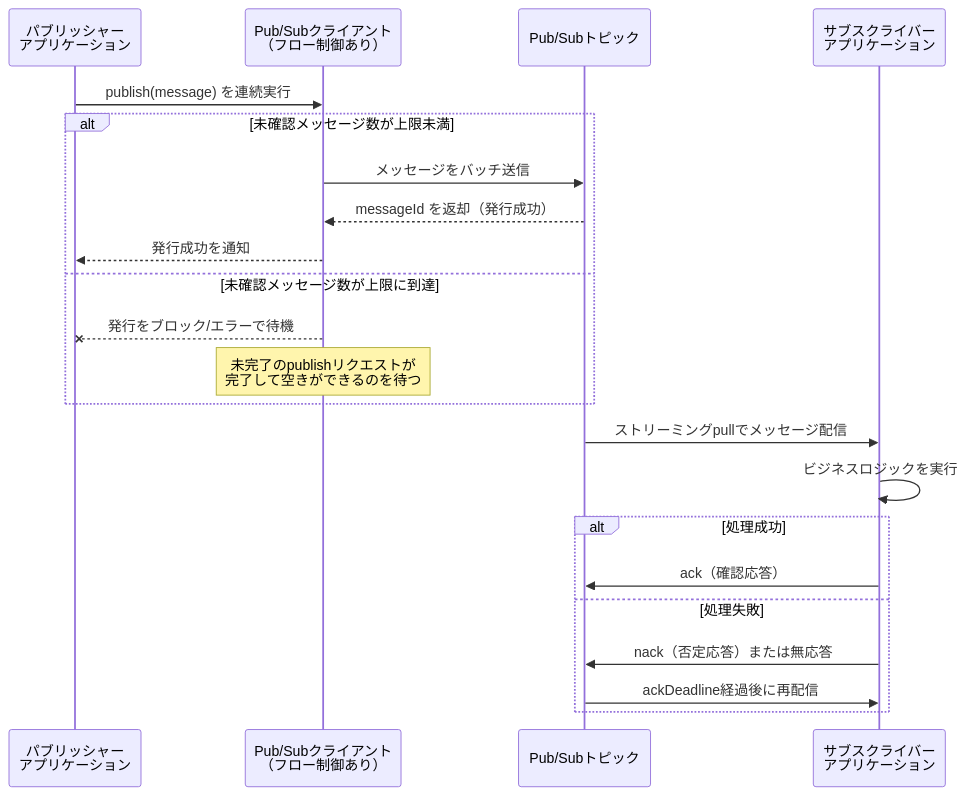
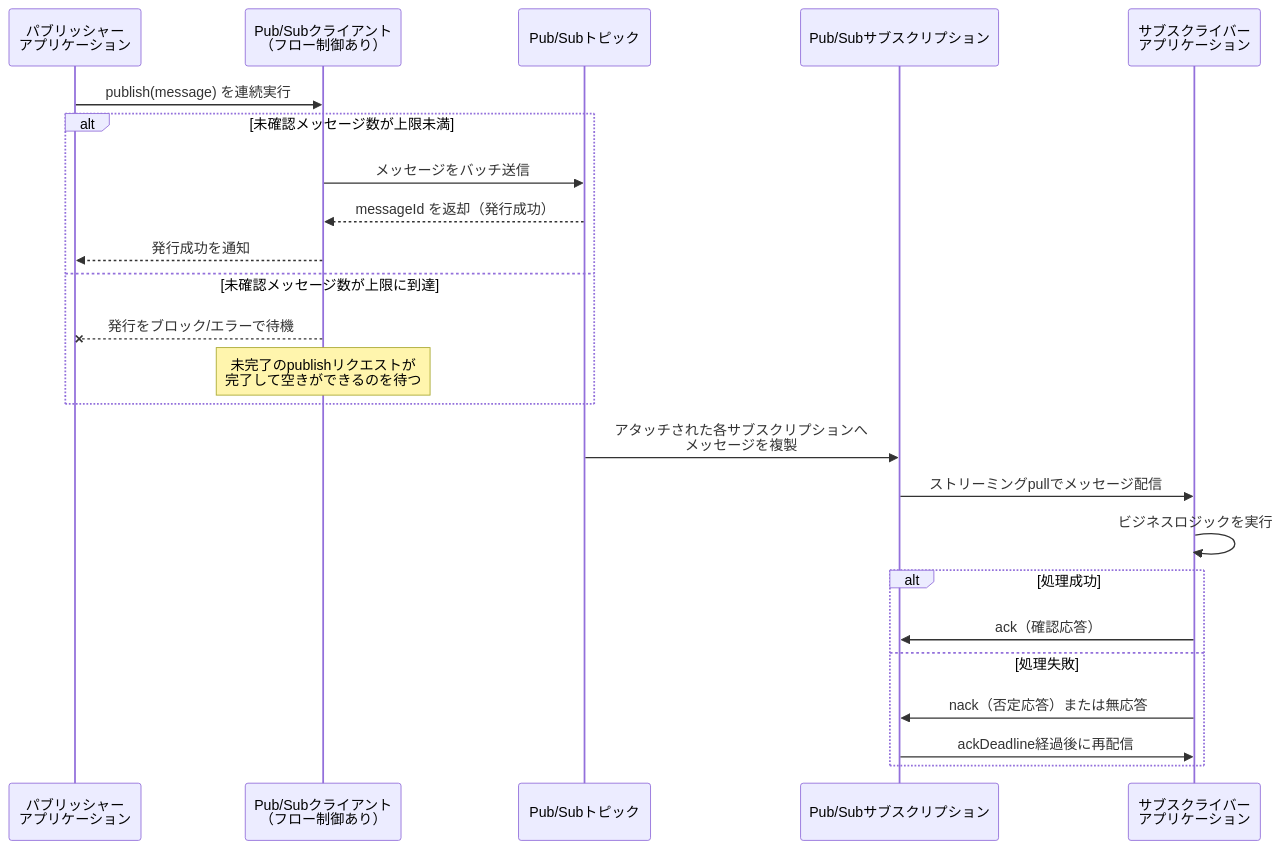
The sixth of 15 diagrams in Gcp-professional-cloud-developer-section4.md (myoshi2891/Cloud-Infrastructure-Studies), drawn with Mermaid before and after one commit. The commit also changed other lines of this file and 2 other files, not shown here.

````diff
--- a/Gcp-professional-cloud-developer-section4.md
+++ b/Gcp-professional-cloud-developer-section4.md
@@ -258,25 +258,27 @@
 ```mermaid
 sequenceDiagram
     participant Pub as パブリッシャー<br/>アプリケーション
     participant Client as Pub/Subクライアント<br/>（フロー制御あり）
     participant Topic as Pub/Subトピック
+    participant Subsc as Pub/Subサブスクリプション
     participant Sub as サブスクライバー<br/>アプリケーション
 
     Pub->>Client: publish(message) を連続実行
     alt 未確認メッセージ数が上限未満
         Client->>Topic: メッセージをバッチ送信
         Topic-->>Client: messageId を返却（発行成功）
         Client-->>Pub: 発行成功を通知
     else 未確認メッセージ数が上限に到達
         Client--xPub: 発行をブロック/エラーで待機
         Note over Client: 未完了のpublishリクエストが<br/>完了して空きができるのを待つ
     end
-    Topic->>Sub: ストリーミングpullでメッセージ配信
+    Topic->>Subsc: アタッチされた各サブスクリプションへ<br/>メッセージを複製
+    Subsc->>Sub: ストリーミングpullでメッセージ配信
     Sub->>Sub: ビジネスロジックを実行
     alt 処理成功
-        Sub->>Topic: ack（確認応答）
+        Sub->>Subsc: ack（確認応答）
     else 処理失敗
-        Sub->>Topic: nack（否定応答）または無応答
-        Topic->>Sub: ackDeadline経過後に再配信
+        Sub->>Subsc: nack（否定応答）または無応答
+        Subsc->>Sub: ackDeadline経過後に再配信
     end
 ```
````
